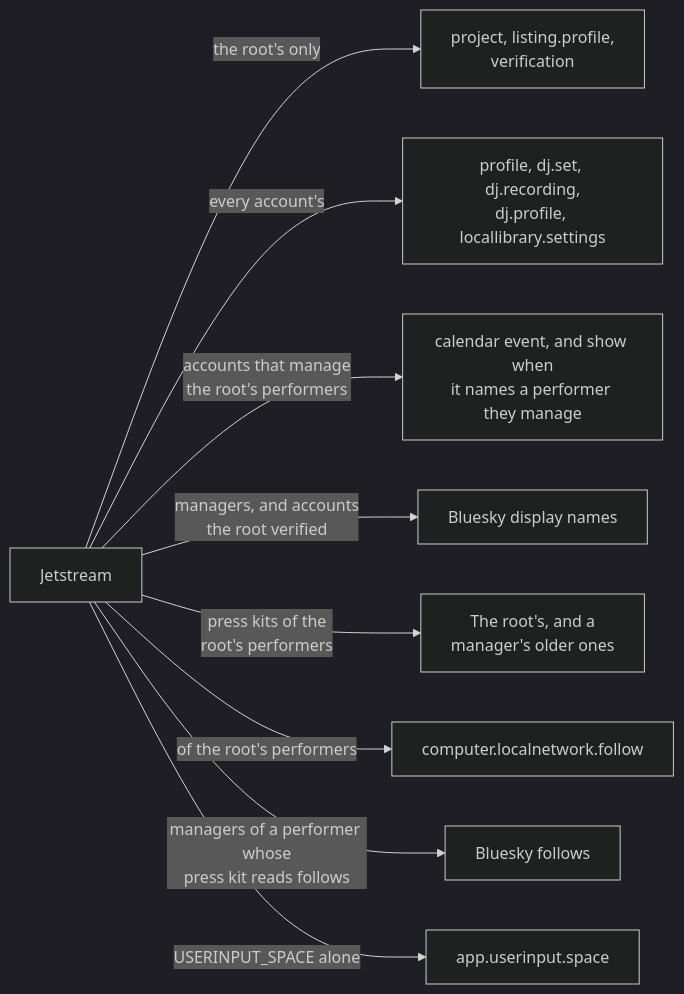
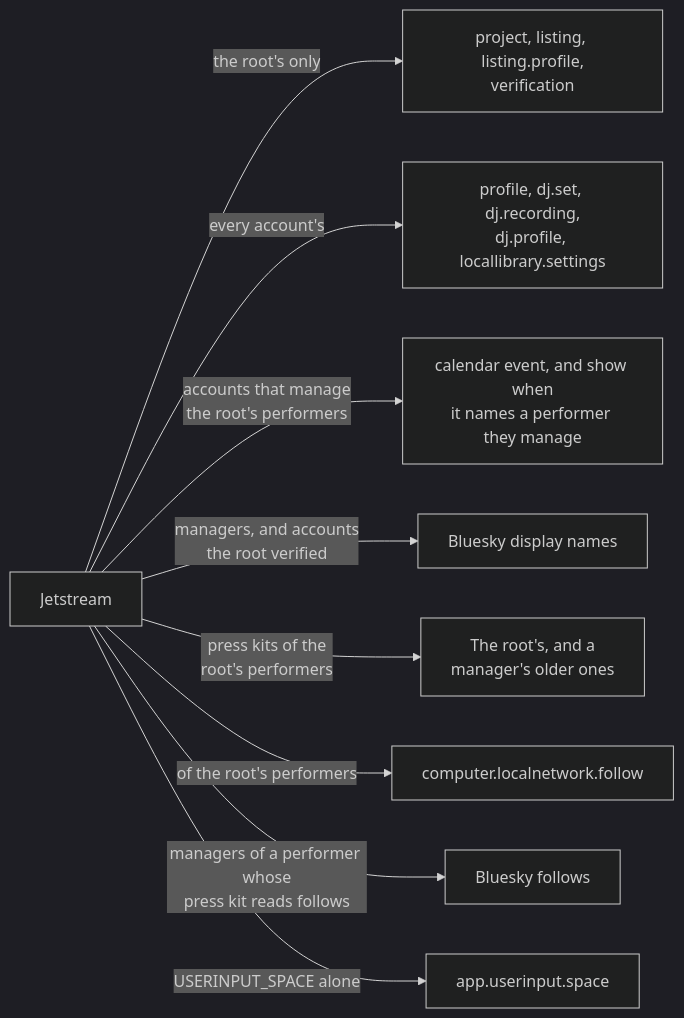
The sixth of 7 diagrams in apps/web/docs/diagrams/jobs-and-directory.md (cutenode/localnetwork), drawn with Mermaid (dark theme) before and after one commit. The commit also changed other lines of this file and 7 other files, not shown here.

First line of the commit message:
docs(web): bring the diagrams in line with main after the extraction PRs

````diff
--- a/apps/web/docs/diagrams/jobs-and-directory.md
+++ b/apps/web/docs/diagrams/jobs-and-directory.md
@@ -120,12 +120,12 @@
 ```mermaid
 flowchart LR
   Jet["Jetstream"]
-  Jet -- "the root's only" --> Root["project, listing.profile,<br/>verification"]
+  Jet -- "the root's only" --> Root["project, listing, listing.profile,<br/>verification"]
   Jet -- "every account's" --> All["profile, dj.set, dj.recording,<br/>dj.profile, locallibrary.settings"]
   Jet -- "accounts that manage<br/>the root's performers" --> Managers["calendar event, and show when<br/>it names a performer they manage"]
   Jet -- "managers, and accounts<br/>the root verified" --> Names["Bluesky display names"]
   Jet -- "press kits of the<br/>root's performers" --> Kits["The root's, and a<br/>manager's older ones"]
   Jet -- "of the root's performers" --> Follows["computer.localnetwork.follow"]
   Jet -- "managers of a performer whose<br/>press kit reads follows" --> Bsky["Bluesky follows"]
   Jet -- "USERINPUT_SPACE alone" --> Input["app.userinput.space"]
 ```
````
